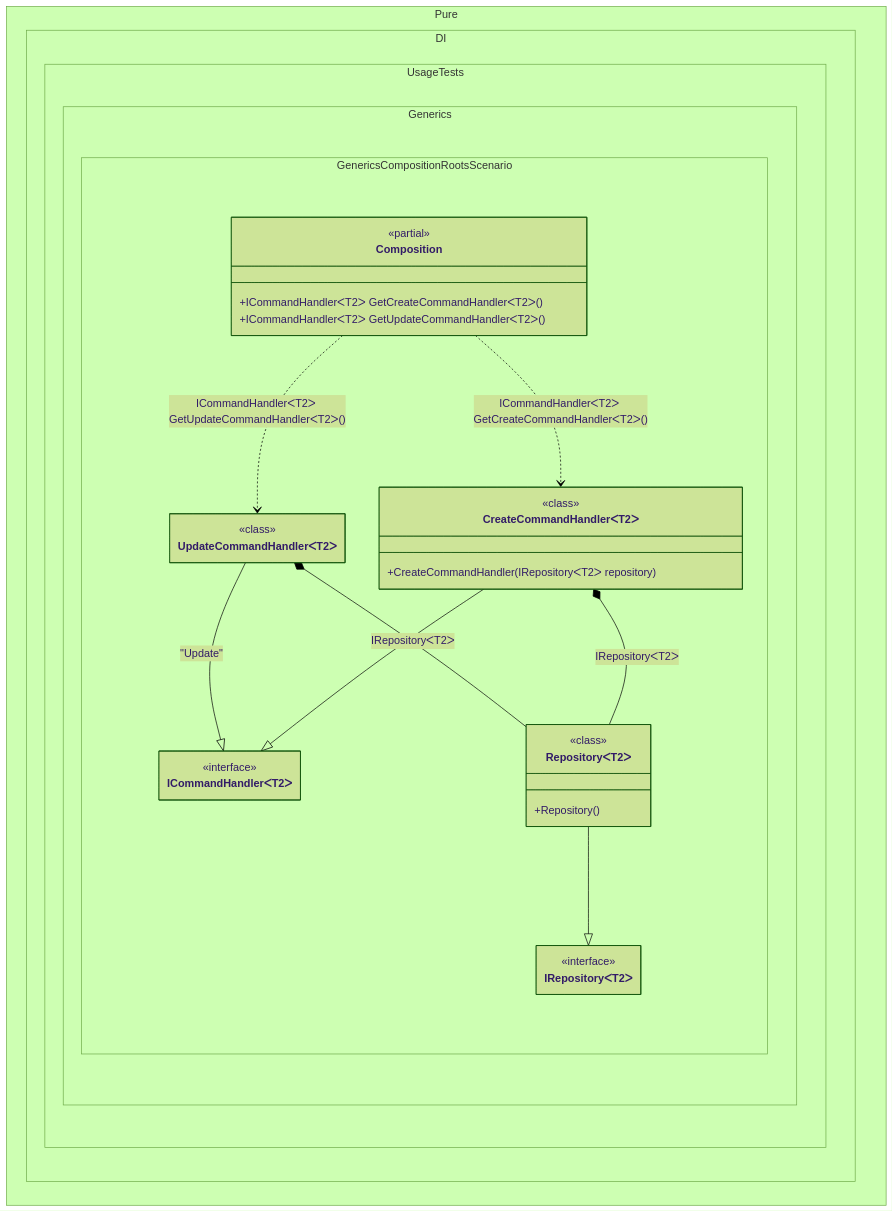
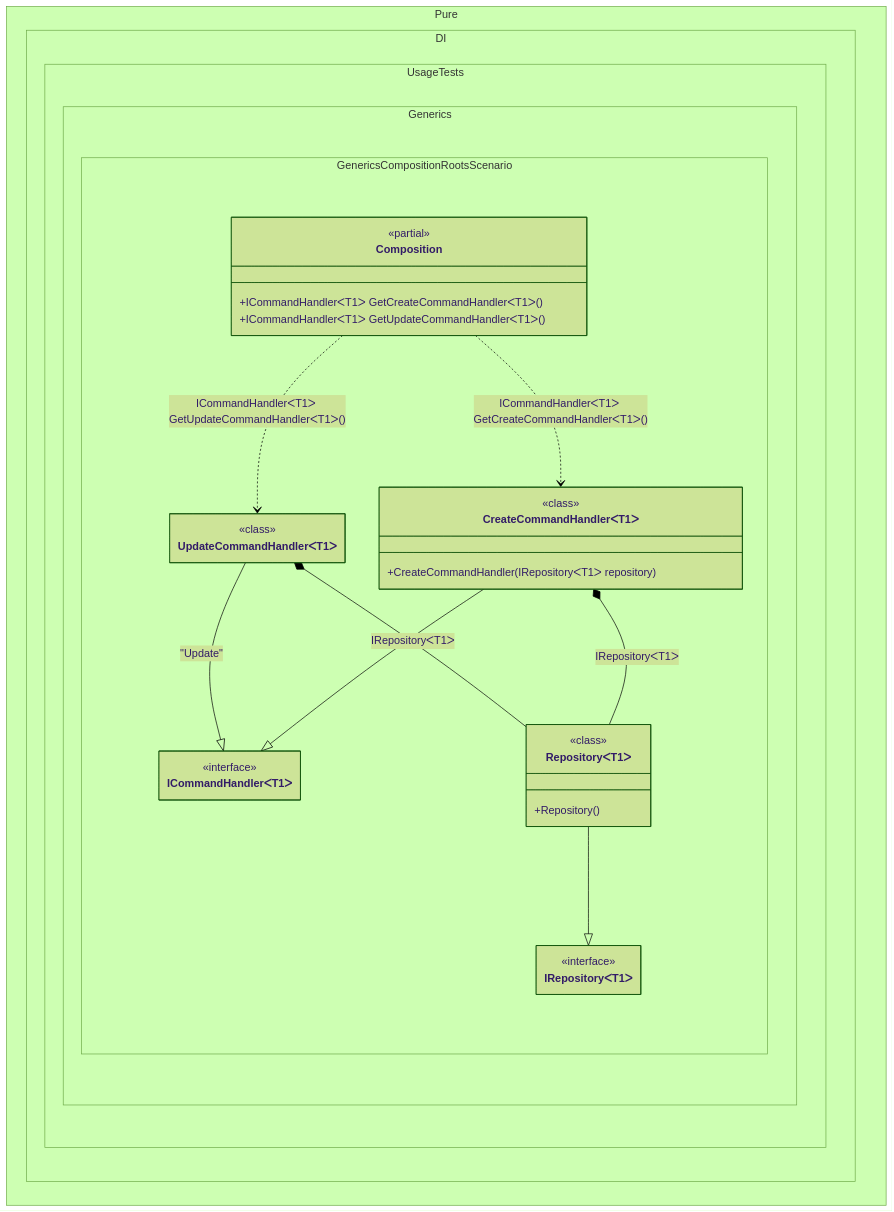
One commit to DevTeam/Pure.DI changed the diagram in readme/generic-composition-roots.md. Above: the diagram before and after it, drawn with Mermaid (forest theme). The commit also changed other lines of this file and 169 other files, not shown here.

````diff
--- a/readme/generic-composition-roots.md
+++ b/readme/generic-composition-roots.md
@@ -105,41 +105,41 @@
 ```mermaid
 ---
  config:
   maxTextSize: 2147483647
   maxEdges: 2147483647
   class:
    hideEmptyMembersBox: true
 ---
 classDiagram
-	UpdateCommandHandlerᐸT2ᐳ --|> ICommandHandlerᐸT2ᐳ : "Update" 
-	CreateCommandHandlerᐸT2ᐳ --|> ICommandHandlerᐸT2ᐳ
-	RepositoryᐸT2ᐳ --|> IRepositoryᐸT2ᐳ
-	Composition ..> UpdateCommandHandlerᐸT2ᐳ : ICommandHandlerᐸT2ᐳ GetUpdateCommandHandlerᐸT2ᐳ()
-	Composition ..> CreateCommandHandlerᐸT2ᐳ : ICommandHandlerᐸT2ᐳ GetCreateCommandHandlerᐸT2ᐳ()
-	UpdateCommandHandlerᐸT2ᐳ *--  RepositoryᐸT2ᐳ : IRepositoryᐸT2ᐳ
-	CreateCommandHandlerᐸT2ᐳ *--  RepositoryᐸT2ᐳ : IRepositoryᐸT2ᐳ
+	UpdateCommandHandlerᐸT1ᐳ --|> ICommandHandlerᐸT1ᐳ : "Update" 
+	CreateCommandHandlerᐸT1ᐳ --|> ICommandHandlerᐸT1ᐳ
+	RepositoryᐸT1ᐳ --|> IRepositoryᐸT1ᐳ
+	Composition ..> UpdateCommandHandlerᐸT1ᐳ : ICommandHandlerᐸT1ᐳ GetUpdateCommandHandlerᐸT1ᐳ()
+	Composition ..> CreateCommandHandlerᐸT1ᐳ : ICommandHandlerᐸT1ᐳ GetCreateCommandHandlerᐸT1ᐳ()
+	UpdateCommandHandlerᐸT1ᐳ *--  RepositoryᐸT1ᐳ : IRepositoryᐸT1ᐳ
+	CreateCommandHandlerᐸT1ᐳ *--  RepositoryᐸT1ᐳ : IRepositoryᐸT1ᐳ
 	namespace Pure.DI.UsageTests.Generics.GenericsCompositionRootsScenario {
 		class Composition {
 		<<partial>>
-		+ICommandHandlerᐸT2ᐳ GetCreateCommandHandlerᐸT2ᐳ()
-		+ICommandHandlerᐸT2ᐳ GetUpdateCommandHandlerᐸT2ᐳ()
+		+ICommandHandlerᐸT1ᐳ GetCreateCommandHandlerᐸT1ᐳ()
+		+ICommandHandlerᐸT1ᐳ GetUpdateCommandHandlerᐸT1ᐳ()
 		}
-		class CreateCommandHandlerᐸT2ᐳ {
+		class CreateCommandHandlerᐸT1ᐳ {
 				<<class>>
-			+CreateCommandHandler(IRepositoryᐸT2ᐳ repository)
+			+CreateCommandHandler(IRepositoryᐸT1ᐳ repository)
 		}
-		class ICommandHandlerᐸT2ᐳ {
+		class ICommandHandlerᐸT1ᐳ {
 			<<interface>>
 		}
-		class IRepositoryᐸT2ᐳ {
+		class IRepositoryᐸT1ᐳ {
 			<<interface>>
 		}
-		class RepositoryᐸT2ᐳ {
+		class RepositoryᐸT1ᐳ {
 				<<class>>
 			+Repository()
 		}
-		class UpdateCommandHandlerᐸT2ᐳ {
+		class UpdateCommandHandlerᐸT1ᐳ {
 				<<class>>
 		}
 	}
 ```
````
